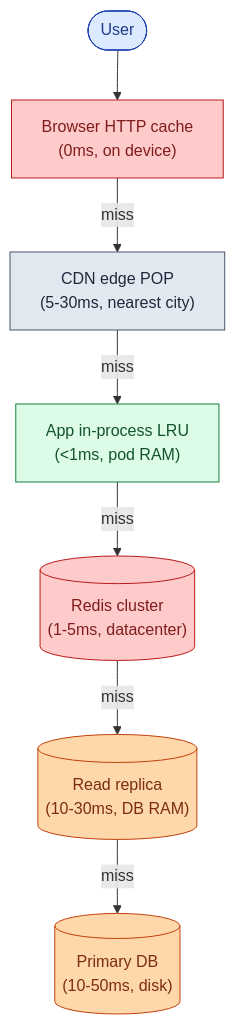
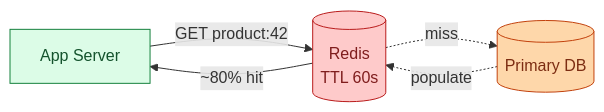
Before and after one commit to shiningflash/system-design: the second of 13 diagrams in problems/017-read-heavy-patterns/question.md, drawn with Mermaid. The commit also changed other lines of this file and 37 other files, not shown here.

````diff
--- a/problems/017-read-heavy-patterns/question.md
+++ b/problems/017-read-heavy-patterns/question.md
@@ -72,15 +56,11 @@
 ```mermaid
-flowchart TD
-    R([User]):::user --> B["Browser HTTP cache<br/>(0ms, on device)"]:::cache
-    B -->|miss| C["CDN edge POP<br/>(5-30ms, nearest city)"]:::edge
-    C -->|miss| L["App in-process LRU<br/>(&lt;1ms, pod RAM)"]:::app
-    L -->|miss| Redis[("Redis cluster<br/>(1-5ms, datacenter)")]:::cache
-    Redis -->|miss| Rep[("Read replica<br/>(10-30ms, DB RAM)")]:::db
-    Rep -->|miss| P[("Primary DB<br/>(10-50ms, disk)")]:::db
+flowchart LR
+    App["App Server"]:::app -->|"GET product:42"| Redis[("Redis\nTTL 60s")]:::cache
+    Redis -->|"~80% hit"| App
+    Redis -.miss.-> DB[("Primary DB")]:::db
+    DB -.populate.-> Redis
 
-    classDef user fill:#dbeafe,stroke:#1e40af,color:#1e3a8a
-    classDef edge fill:#e2e8f0,stroke:#475569,color:#1e293b
     classDef app fill:#dcfce7,stroke:#15803d,color:#14532d
     classDef cache fill:#fecaca,stroke:#b91c1c,color:#7f1d1d
     classDef db fill:#fed7aa,stroke:#c2410c,color:#7c2d12
 ```
````
